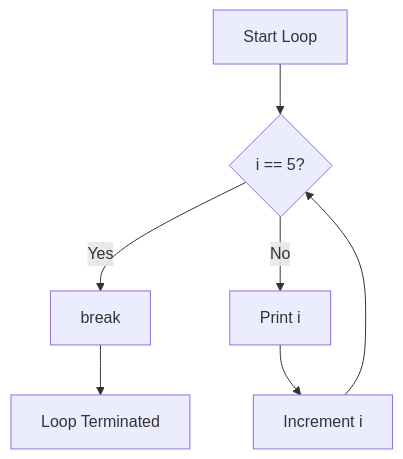
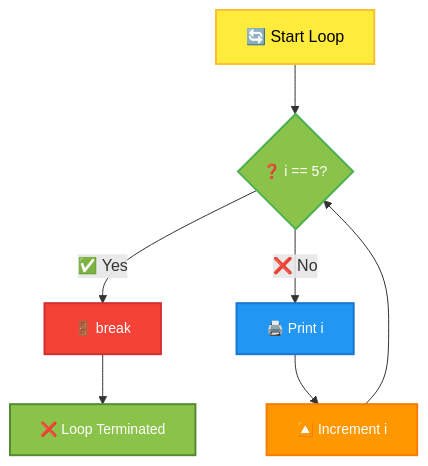
Diagram 15 of 18 in _posts/2024-11-28-c-control-statements-decision-making.md (infoyouth/infoyouth.github.io), drawn with Mermaid before and after one commit. The commit also changed other lines of this file, not shown here.

````diff
--- a/_posts/2024-11-28-c-control-statements-decision-making.md
+++ b/_posts/2024-11-28-c-control-statements-decision-making.md
@@ -1529,9 +1742,17 @@
 ```mermaid
 graph TD
-    A[Start Loop] --> B{i == 5?};
-    B -- Yes --> C[break];
-    B -- No --> D[Print i];
-    D --> E[Increment i];
+    A[🔄 Start Loop] --> B{❓ i == 5?};
+    B -- ✅ Yes --> C[🚪 break];
+    B -- ❌ No --> D[🖨️ Print i];
+    D --> E[🔼 Increment i];
     E --> B;
-    C --> F[Loop Terminated];
+    C --> F[❌ Loop Terminated];
+
+    style A fill:#FFEB3B,stroke:#FBC02D,stroke-width:2px,color:#000000,font-size:16px
+    style B fill:#8BC34A,stroke:#4CAF50,stroke-width:2px,color:#FFFFFF,font-size:14px
+    style C fill:#F44336,stroke:#D32F2F,stroke-width:2px,color:#FFFFFF,font-size:14px
+    style D fill:#2196F3,stroke:#1976D2,stroke-width:2px,color:#FFFFFF,font-size:14px
+    style E fill:#FF9800,stroke:#F57C00,stroke-width:2px,color:#FFFFFF,font-size:14px
+    style F fill:#8BC34A,stroke:#558B2F,stroke-width:2px,color:#FFFFFF,font-size:14px
+
 ```
````
